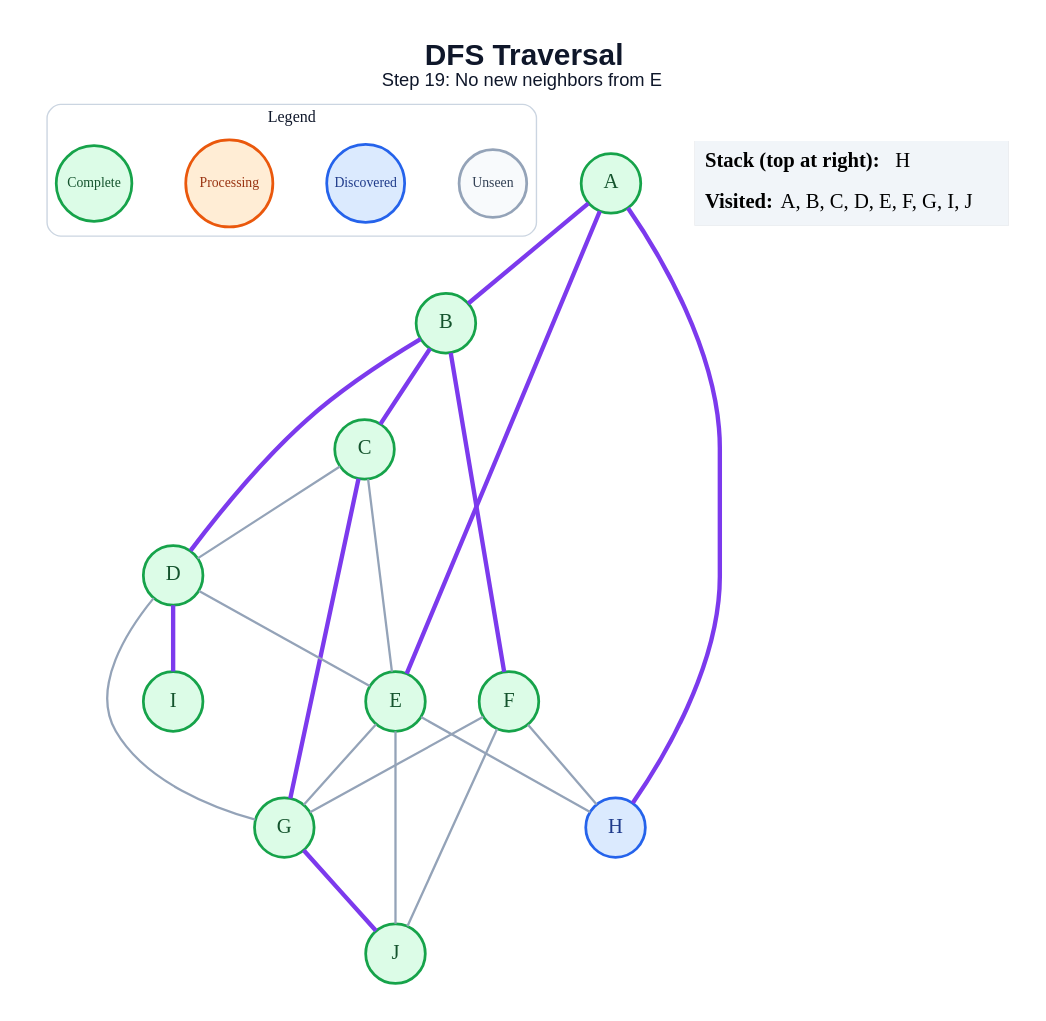
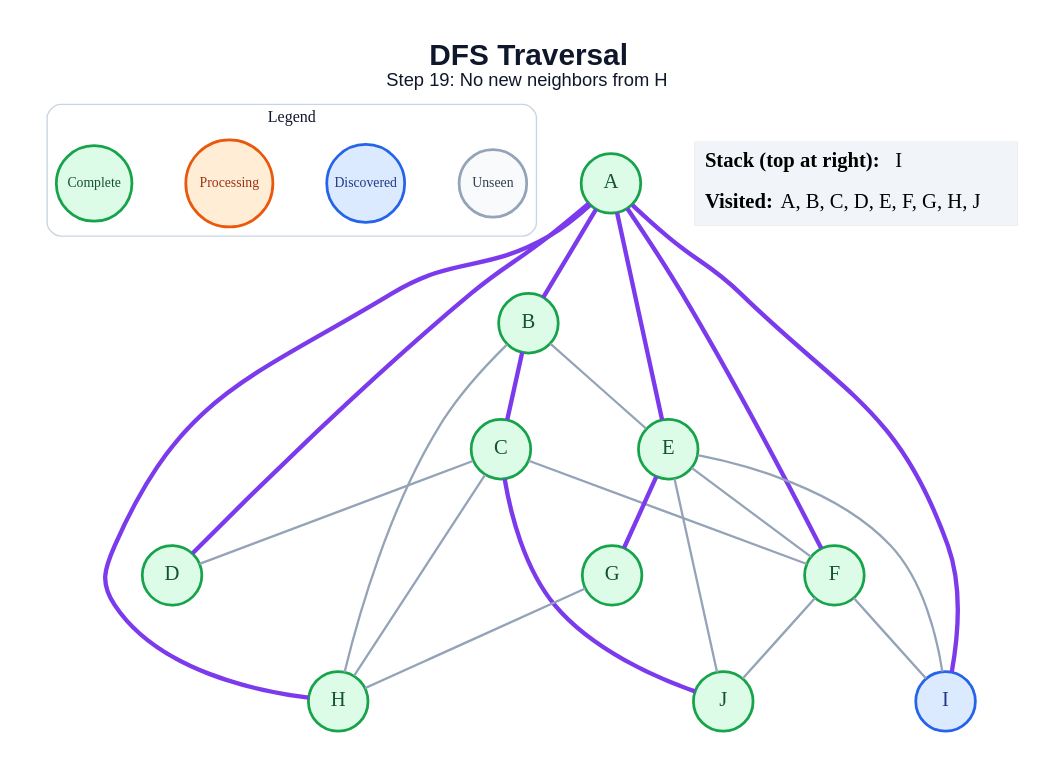
The diagram in generated/dfs/step_19.dot (amanghodawala9/ai-slop), drawn with Graphviz before and after one commit. The commit also changed 178 other files, not shown here.

```diff
--- a/generated/dfs/step_19.dot
+++ b/generated/dfs/step_19.dot
@@ -1,48 +1,49 @@
 graph traversal {
   graph [layout=dot, rankdir=TB, bgcolor="#FFFFFF", pad="0.35", nodesep="0.65", ranksep="0.8", fontname="Arial"];
   node [shape=circle, style="filled", fontname="Arial Bold", fontsize=18, width=0.72, fixedsize=true, penwidth=2.4];
   edge [color="#94A3B8", penwidth=2.0];
-  label=<<B>DFS Traversal</B><BR/><FONT POINT-SIZE="16">Step 19: No new neighbors from E</FONT>>; labelloc="t"; fontsize=26; fontname="Arial"; fontcolor="#0F172A";
+  label=<<B>DFS Traversal</B><BR/><FONT POINT-SIZE="16">Step 19: No new neighbors from H</FONT>>; labelloc="t"; fontsize=26; fontname="Arial"; fontcolor="#0F172A";
   subgraph cluster_legend { label="Legend"; color="#CBD5E1"; penwidth=1.2; style="rounded"; fontsize=14; fontname="Arial Bold";
     key_unseen [label="Unseen", fillcolor="#F8FAFC", color="#94A3B8", fontcolor="#334155", fontsize=12, width=0.82];
     key_frontier [label="Discovered", fillcolor="#DBEAFE", color="#2563EB", fontcolor="#1E3A8A", fontsize=12, width=0.95];
     key_current [label="Processing", fillcolor="#FFEDD5", color="#EA580C", fontcolor="#9A3412", fontsize=12, width=1.05];
     key_done [label="Complete", fillcolor="#DCFCE7", color="#16A34A", fontcolor="#14532D", fontsize=12, width=0.92];
     { rank=same; key_unseen; key_frontier; key_current; key_done; }
   }
   A [fillcolor="#DCFCE7", color="#16A34A", fontcolor="#14532D"];
   B [fillcolor="#DCFCE7", color="#16A34A", fontcolor="#14532D"];
   C [fillcolor="#DCFCE7", color="#16A34A", fontcolor="#14532D"];
   D [fillcolor="#DCFCE7", color="#16A34A", fontcolor="#14532D"];
   E [fillcolor="#DCFCE7", color="#16A34A", fontcolor="#14532D"];
   F [fillcolor="#DCFCE7", color="#16A34A", fontcolor="#14532D"];
   G [fillcolor="#DCFCE7", color="#16A34A", fontcolor="#14532D"];
-  H [fillcolor="#DBEAFE", color="#2563EB", fontcolor="#1E3A8A"];
-  I [fillcolor="#DCFCE7", color="#16A34A", fontcolor="#14532D"];
+  H [fillcolor="#DCFCE7", color="#16A34A", fontcolor="#14532D"];
+  I [fillcolor="#DBEAFE", color="#2563EB", fontcolor="#1E3A8A"];
   J [fillcolor="#DCFCE7", color="#16A34A", fontcolor="#14532D"];
   A -- B [color="#7C3AED", penwidth=3.8];
+  A -- D [color="#7C3AED", penwidth=3.8];
   A -- E [color="#7C3AED", penwidth=3.8];
+  A -- F [color="#7C3AED", penwidth=3.8];
   A -- H [color="#7C3AED", penwidth=3.8];
+  A -- I [color="#7C3AED", penwidth=3.8];
   B -- C [color="#7C3AED", penwidth=3.8];
-  B -- D [color="#7C3AED", penwidth=3.8];
-  B -- F [color="#7C3AED", penwidth=3.8];
+  B -- E;
+  B -- H;
   C -- D;
-  C -- E;
-  C -- G [color="#7C3AED", penwidth=3.8];
-  D -- E;
-  D -- G;
-  D -- I [color="#7C3AED", penwidth=3.8];
-  E -- G;
-  E -- H;
+  C -- F;
+  C -- H;
+  C -- J [color="#7C3AED", penwidth=3.8];
+  E -- F;
+  E -- G [color="#7C3AED", penwidth=3.8];
+  E -- I;
   E -- J;
-  F -- G;
-  F -- H;
+  F -- I;
   F -- J;
-  G -- J [color="#7C3AED", penwidth=3.8];
+  G -- H;
   status [shape=plain, fixedsize=false, width=0, height=0, margin=0, label=<
     <TABLE BORDER="0" CELLBORDER="0" CELLPADDING="7" BGCOLOR="#F1F5F9">
-      <TR><TD ALIGN="LEFT"><B>Stack (top at right):</B> H</TD></TR>
-      <TR><TD ALIGN="LEFT"><B>Visited:</B> A, B, C, D, E, F, G, I, J</TD></TR>
+      <TR><TD ALIGN="LEFT"><B>Stack (top at right):</B> I</TD></TR>
+      <TR><TD ALIGN="LEFT"><B>Visited:</B> A, B, C, D, E, F, G, H, J</TD></TR>
     </TABLE>
   >];
 }
```
